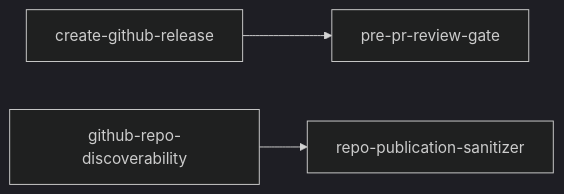
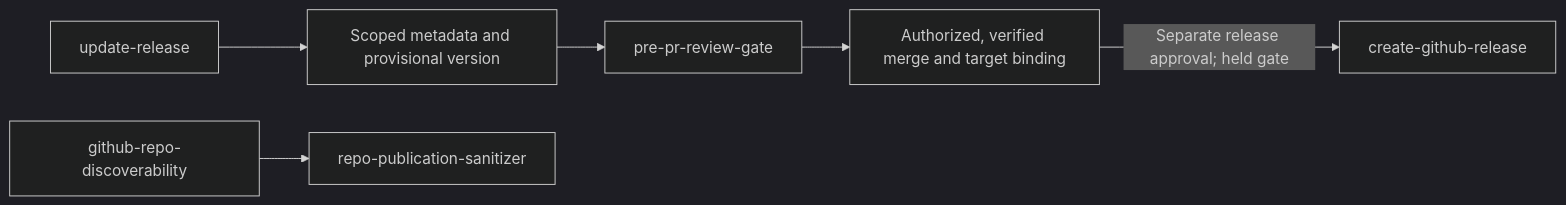
Before and after one commit to marcomc/skills: the eighth of 9 diagrams in README.md, drawn with Mermaid (dark theme). The commit also changed other lines of this file and 36 other files, not shown here.

````diff
--- a/README.md
+++ b/README.md
@@ -309,13 +386,17 @@
 ```mermaid
 flowchart LR
     accTitle: Release and publication entrypoints
-    accDescr: Shows release and discoverability skills that delegate to review or sanitizer skills.
+    accDescr: Scoped preparation and final-head review precede verified merge and separately authorized guarded publication.
 
+    prepare["update-release"]
+    plan["Scoped metadata and provisional version"]
+    merged["Authorized, verified merge and target binding"]
     release["create-github-release"]
     discoverability["github-repo-discoverability"]
     gate["pre-pr-review-gate"]
     sanitizer["repo-publication-sanitizer"]
 
-    release --> gate
+    prepare --> plan --> gate --> merged
+    merged -->|"Separate release approval; held gate"| release
     discoverability --> sanitizer
 ```
````
